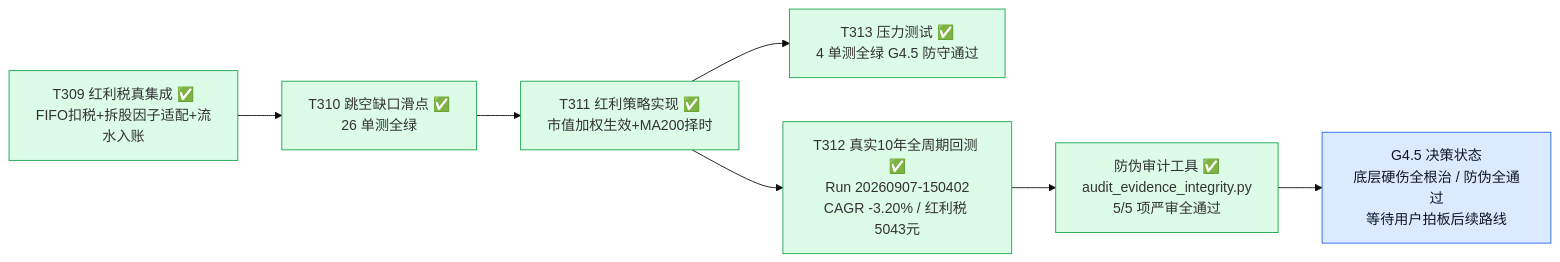
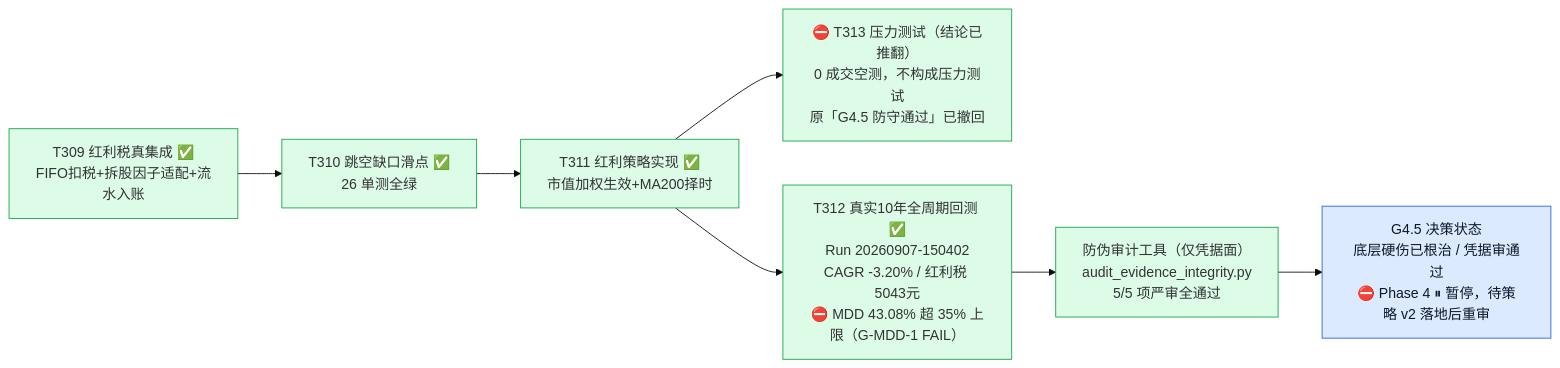
Before and after one commit to YZml1507/FinAI2.0: the third of 6 diagrams in docs/project_status_flowchart.md, drawn with Mermaid (base theme). The commit also changed other lines of this file and 14 other files, not shown here.

````diff
--- a/docs/project_status_flowchart.md
+++ b/docs/project_status_flowchart.md
@@ -59,16 +59,16 @@
 ```mermaid
 flowchart LR
   T309["T309 红利税真集成 ✅<br/>FIFO扣税+拆股因子适配+流水入账"] --> T310["T310 跳空缺口滑点 ✅<br/>26 单测全绿"]
   T310 --> T311["T311 红利策略实现 ✅<br/>市值加权生效+MA200择时"]
-  T311 --> T313["T313 压力测试 ✅<br/>4 单测全绿 G4.5 防守通过"]
-  T311 --> T312["T312 真实10年全周期回测 ✅<br/>Run 20260907-150402<br/>CAGR -3.20% / 红利税 5043元"]
-  T312 --> AUDIT["防伪审计工具 ✅<br/>audit_evidence_integrity.py<br/>5/5 项严审全通过"]
-  AUDIT --> G45["G4.5 决策状态<br/>底层硬伤全根治 / 防伪全通过<br/>等待用户拍板后续路线"]
+  T311 --> T313["⛔ T313 压力测试（结论已推翻）<br/>0 成交空测，不构成压力测试<br/>原「G4.5 防守通过」已撤回"]
+  T311 --> T312["T312 真实10年全周期回测 ✅<br/>Run 20260907-150402<br/>CAGR -3.20% / 红利税 5043元<br/>⛔ MDD 43.08% 超 35% 上限（G-MDD-1 FAIL）"]
+  T312 --> AUDIT["防伪审计工具（仅凭据面）<br/>audit_evidence_integrity.py<br/>5/5 项严审全通过"]
+  AUDIT --> G45["G4.5 决策状态<br/>底层硬伤已根治 / 凭据审通过<br/>⛔ Phase 4 ⏸ 暂停，待策略 v2 落地后重审"]
   style T309 fill:#dcfce7,stroke:#16a34a
   style T310 fill:#dcfce7,stroke:#16a34a
   style T311 fill:#dcfce7,stroke:#16a34a
   style T313 fill:#dcfce7,stroke:#16a34a
   style T312 fill:#dcfce7,stroke:#16a34a
   style AUDIT fill:#dcfce7,stroke:#16a34a
   style G45 fill:#dbeafe,stroke:#2563eb,color:#0f172a
 ```
````
